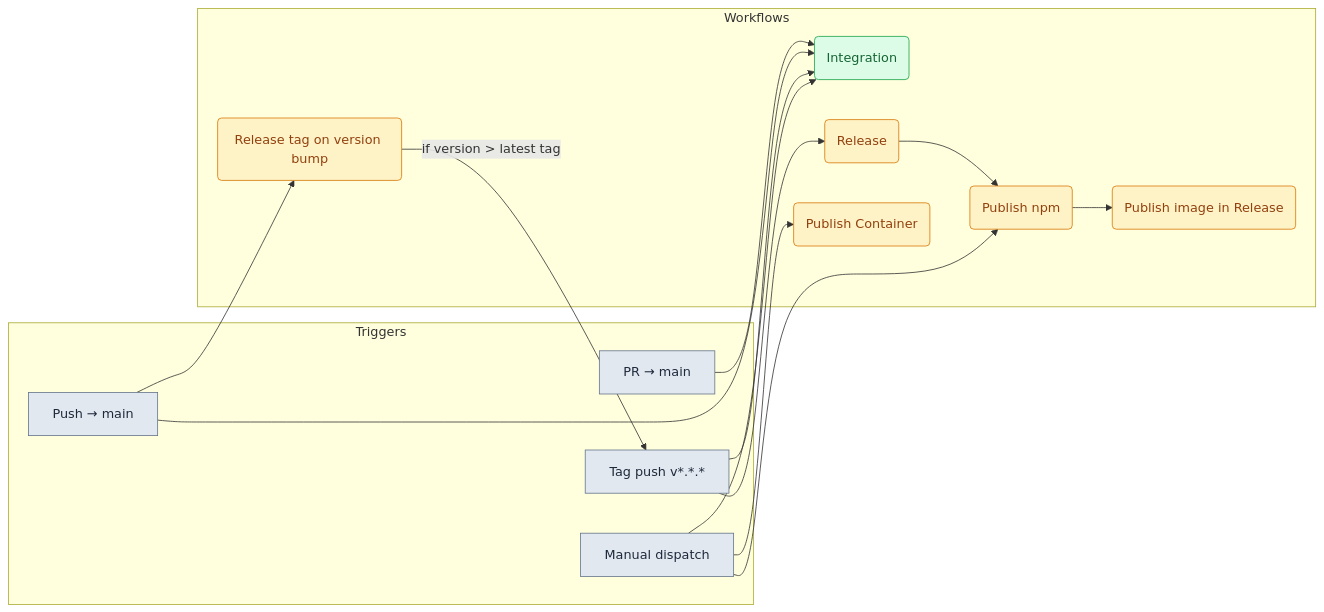
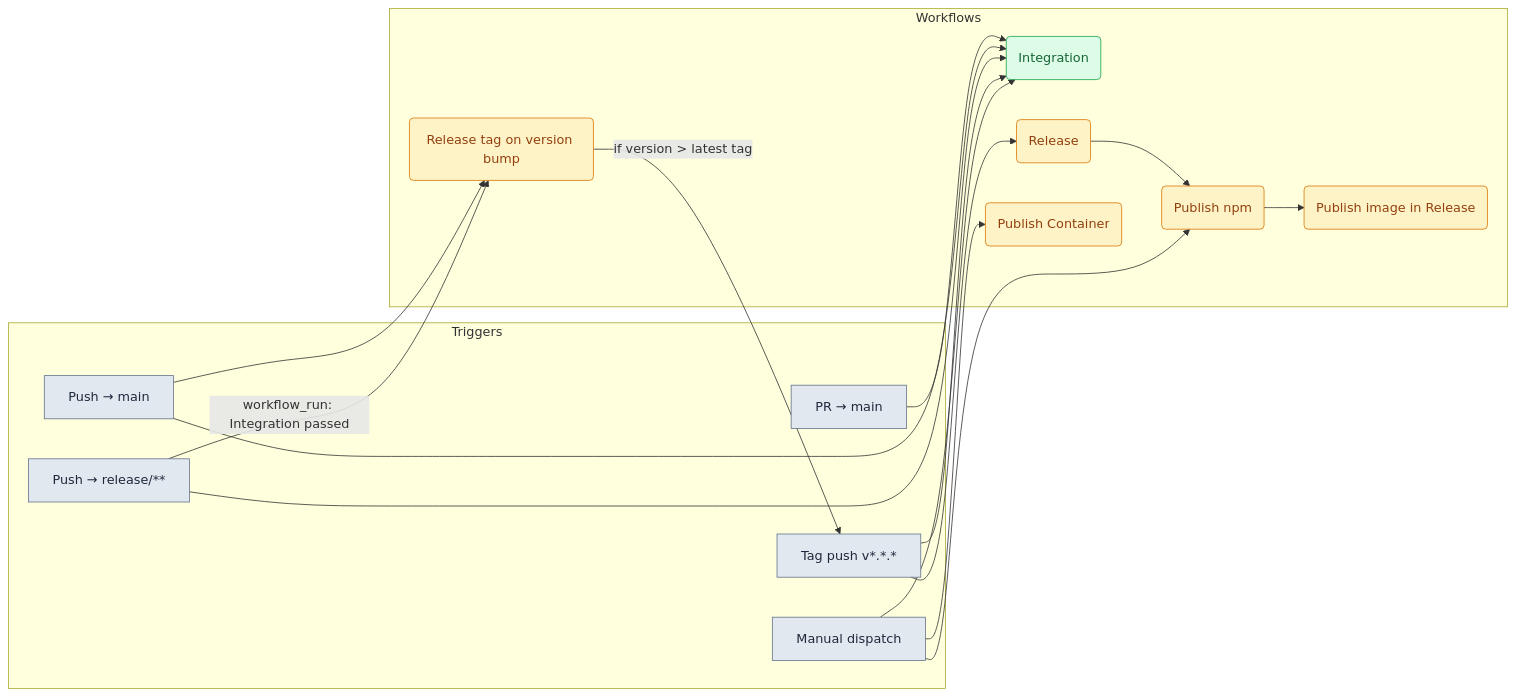
Before and after one commit to debian777/kairos-mcp: the first of 3 diagrams in .github/workflows/README.md, drawn with Mermaid. The commit also changed other lines of this file and 5 other files, not shown here.

Commit message:
feat: implement release/* branch pipeline — Integration → Auto tag → Publish → GitHub Release

````diff
--- a/.github/workflows/README.md
+++ b/.github/workflows/README.md
@@ -5,37 +5,40 @@
 ```mermaid
 flowchart LR
   subgraph triggers["Triggers"]
     PR[PR → main]
     PUSH[Push → main]
+    PUSH_REL["Push → release/**"]
     TAG[Tag push v*.*.*]
     MANUAL[Manual dispatch]
   end
 
   subgraph workflows["Workflows"]
     INT(Integration)
     RTAG(Release tag on version bump)
     REL(Release)
     PNPM(Publish npm)
     PIMG(Publish image in Release)
     PCONT(Publish Container)
   end
 
   PR --> INT
   PUSH --> INT
+  PUSH_REL --> INT
   PUSH --> RTAG
+  PUSH_REL -->|"workflow_run: Integration passed"| RTAG
   TAG --> INT
   TAG --> REL
   RTAG -->|"if version > latest tag"| TAG
   REL --> PNPM
   PNPM --> PIMG
   MANUAL --> INT
   MANUAL --> PNPM
   MANUAL --> PCONT
 
   classDef trigger fill:#e2e8f0,stroke:#64748b,color:#1e293b
   classDef integration fill:#dcfce7,stroke:#16a34a,color:#166534
   classDef release fill:#fef3c7,stroke:#d97706,color:#92400e
-  class PR,PUSH,TAG,MANUAL trigger
+  class PR,PUSH,PUSH_REL,TAG,MANUAL trigger
   class INT integration
   class RTAG,REL,PNPM,PIMG,PCONT release
 ```
````
